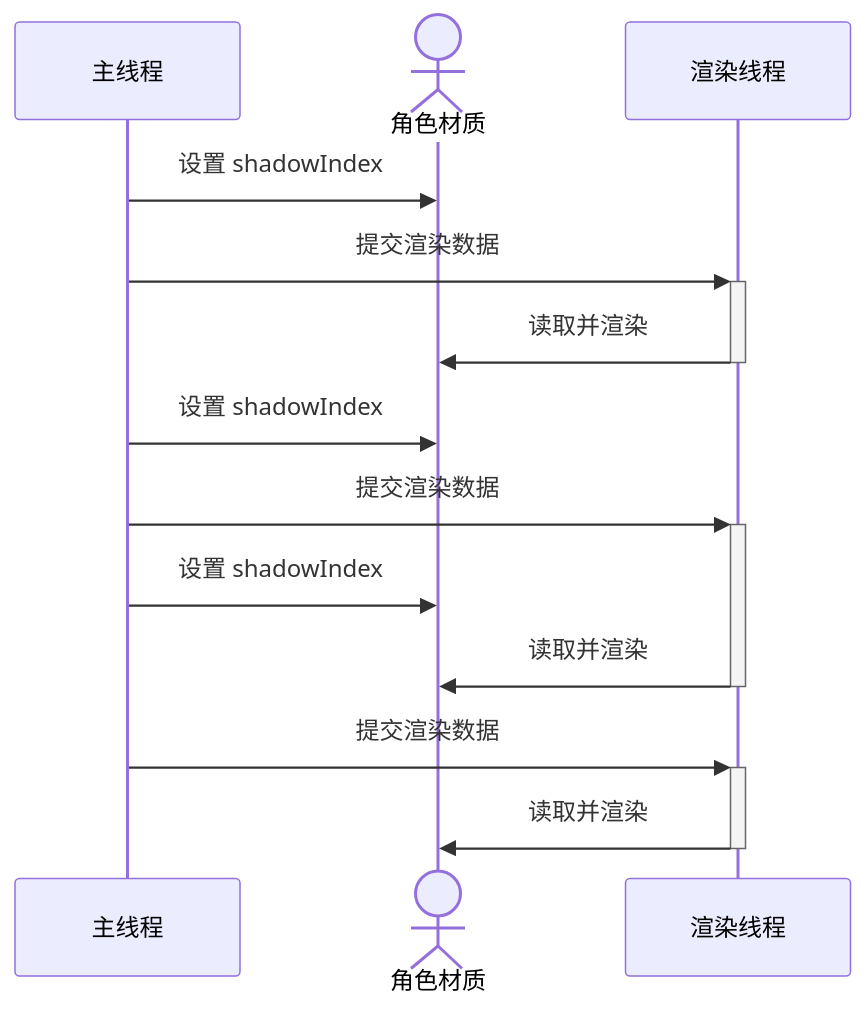
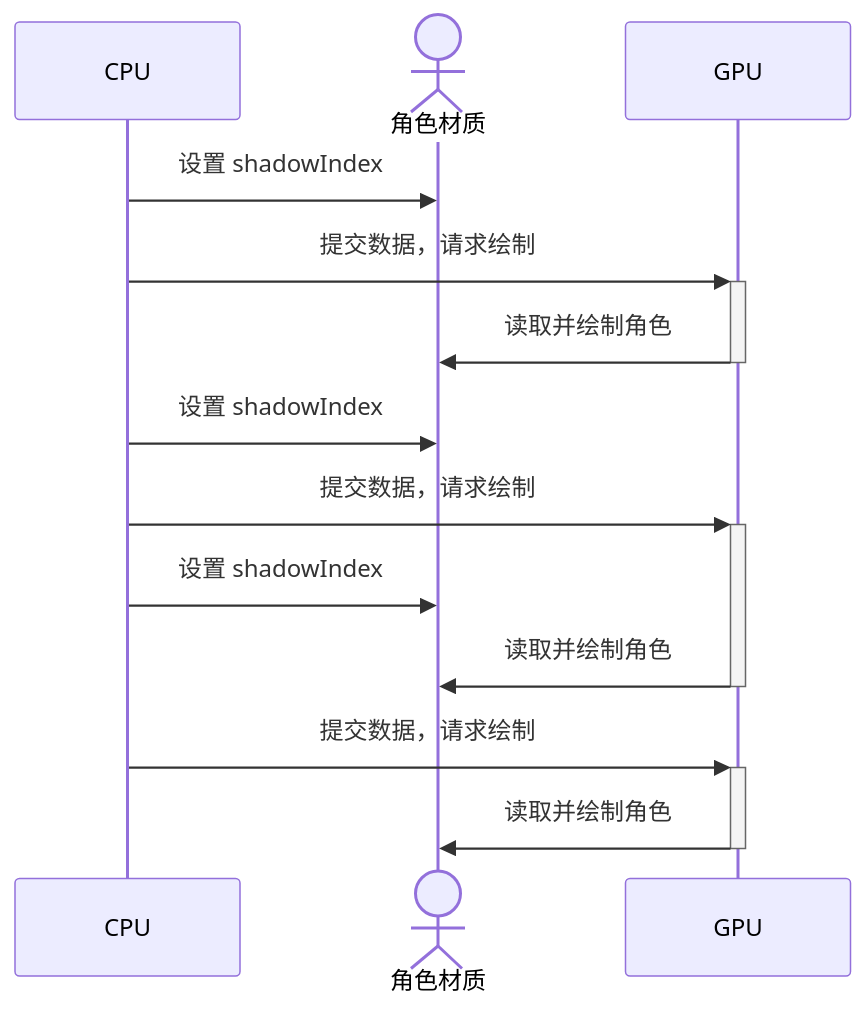
The diagram in docs/obsidian-vault/posts/仿星铁渲染/仿星铁渲染：主光源角色阴影.md (stalomeow/note), drawn with Mermaid before and after one commit. The commit also changed other lines of this file and 15 other files, not shown here.

````diff
--- a/docs/obsidian-vault/posts/仿星铁渲染/仿星铁渲染：主光源角色阴影.md
+++ b/docs/obsidian-vault/posts/仿星铁渲染/仿星铁渲染：主光源角色阴影.md
@@ -316,16 +316,16 @@
 ``` mermaid
 sequenceDiagram
-    participant 主线程
+    participant CPU
     actor 角色材质
-    participant 渲染线程
+    participant GPU
     
-    主线程->>角色材质: 设置 shadowIndex
-    主线程->>+渲染线程: 提交渲染数据
-    渲染线程->>-角色材质: 读取并渲染
-    主线程->>角色材质: 设置 shadowIndex
-    主线程->>+渲染线程: 提交渲染数据
-    主线程->>角色材质: 设置 shadowIndex
-    渲染线程->>-角色材质: 读取并渲染
-    主线程->>+渲染线程: 提交渲染数据
-    渲染线程->>-角色材质: 读取并渲染
+    CPU->>角色材质: 设置 shadowIndex
+    CPU->>+GPU: 提交数据，请求绘制
+    GPU->>-角色材质: 读取并绘制角色
+    CPU->>角色材质: 设置 shadowIndex
+    CPU->>+GPU: 提交数据，请求绘制
+    CPU->>角色材质: 设置 shadowIndex
+    GPU->>-角色材质: 读取并绘制角色
+    CPU->>+GPU: 提交数据，请求绘制
+    GPU->>-角色材质: 读取并绘制角色
 ```
````
